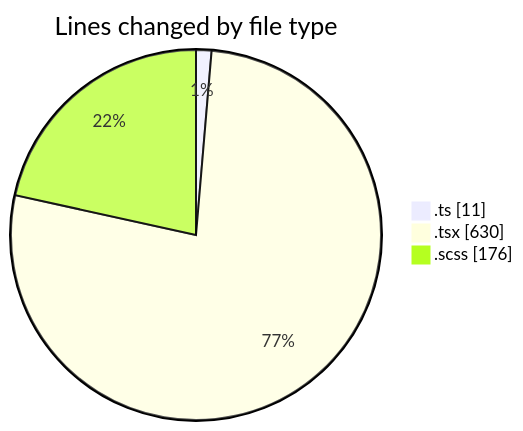
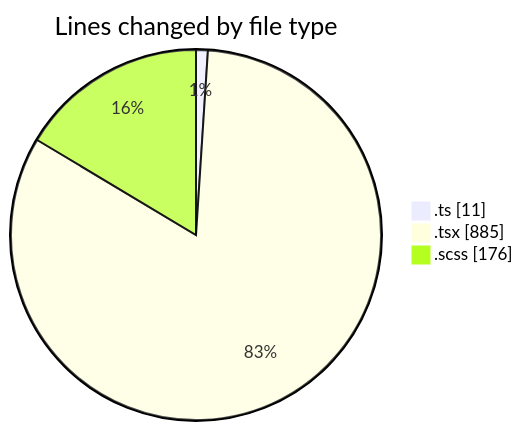
Before and after one commit to momahboobian/code-tracking: the first of 2 diagrams in 2025-03-21/cda/README.md, drawn with Mermaid. The commit also changed other lines of this file and 1 other file, not shown here.

````diff
--- a/2025-03-21/cda/README.md
+++ b/2025-03-21/cda/README.md
@@ -25,7 +27,7 @@
 ```mermaid
 pie showData
 title Lines changed by file type
 ".ts" : 11
-".tsx" : 630
+".tsx" : 885
 ".scss" : 176
 ```
````
